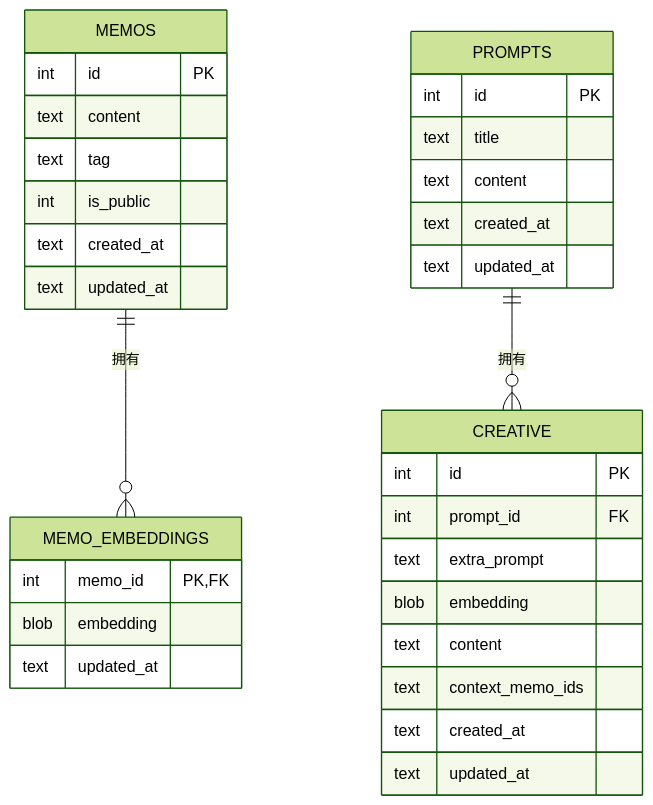
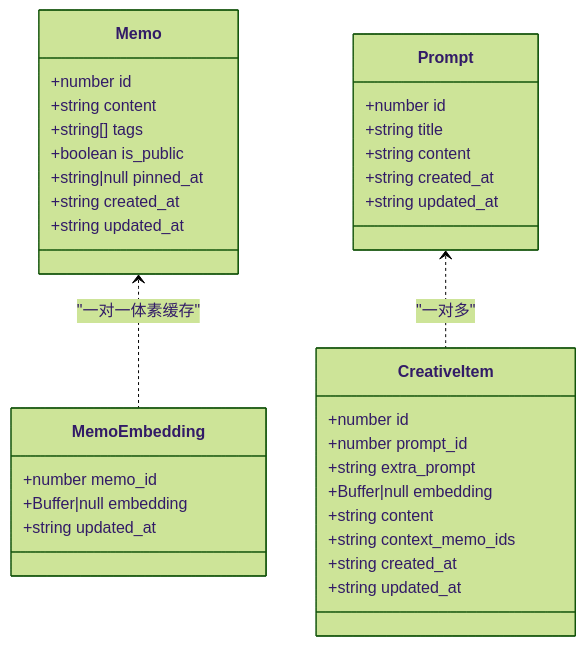
Before and after one commit to BlackBoxRecorder/memos: the fourth of 7 diagrams in .qoder/repowiki/zh/content/开发指南/开发指南.md, drawn with Mermaid (forest theme). The commit also changed other lines of this file and 83 other files, not shown here.

````diff
--- a/.qoder/repowiki/zh/content/开发指南/开发指南.md
+++ b/.qoder/repowiki/zh/content/开发指南/开发指南.md
@@ -341,35 +149,36 @@
 ```mermaid
-erDiagram
-MEMOS {
-int id PK
-text content
-text tag
-int is_public
-text created_at
-text updated_at
+classDiagram
+class Memo {
++number id
++string content
++string[] tags
++boolean is_public
++string|null pinned_at
++string created_at
++string updated_at
 }
-MEMO_EMBEDDINGS {
-int memo_id PK,FK
-blob embedding
-text updated_at
+class Prompt {
++number id
++string title
++string content
++string created_at
++string updated_at
 }
-PROMPTS {
-int id PK
-text title
-text content
-text created_at
-text updated_at
+class CreativeItem {
++number id
++number prompt_id
++string extra_prompt
++Buffer|null embedding
++string content
++string context_memo_ids
++string created_at
++string updated_at
 }
-CREATIVE {
-int id PK
-int prompt_id FK
-text extra_prompt
-blob embedding
-text content
-text context_memo_ids
-text created_at
-text updated_at
+class MemoEmbedding {
++number memo_id
++Buffer|null embedding
++string updated_at
 }
-MEMOS ||--o{ MEMO_EMBEDDINGS : "拥有"
-PROMPTS ||--o{ CREATIVE : "拥有"
+Memo <.. MemoEmbedding : "一对一体素缓存"
+Prompt <.. CreativeItem : "一对多"
 ```
````
